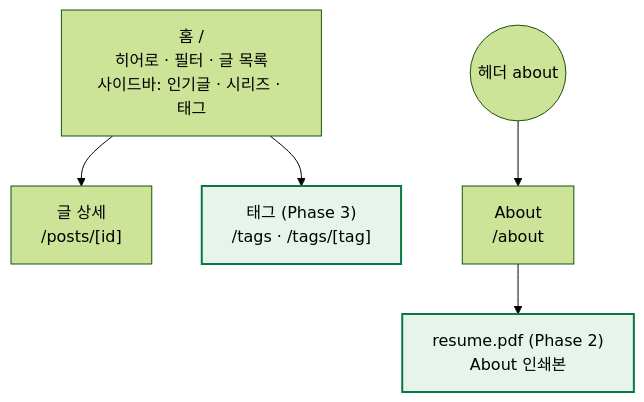
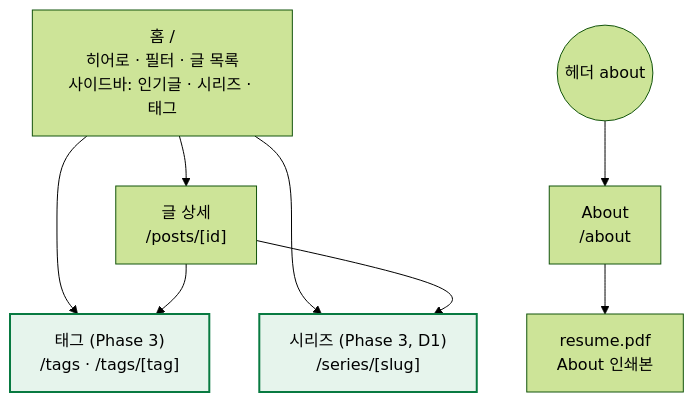
The first of 2 diagrams in cowork/prd/001_site_master-plan.md (comstering/comstering.github.io), drawn with Mermaid (forest theme) before and after one commit. The commit also changed other lines of this file and 18 other files, not shown here.

````diff
--- a/cowork/prd/001_site_master-plan.md
+++ b/cowork/prd/001_site_master-plan.md
@@ -77,13 +79,15 @@
 ```mermaid
 flowchart TD
     home["홈 /<br/>히어로 · 필터 · 글 목록<br/>사이드바: 인기글 · 시리즈 · 태그"]
     post["글 상세<br/>/posts/[id]"]
     about["About<br/>/about"]
-    resume["resume.pdf (Phase 2)<br/>About 인쇄본"]
+    resume["resume.pdf<br/>About 인쇄본"]
     tags["태그 (Phase 3)<br/>/tags · /tags/[tag]"]
-    home --> post & tags
+    series["시리즈 (Phase 3, D1)<br/>/series/[slug]"]
+    home --> post & tags & series
+    post --> tags & series
     header(("헤더 about")) --> about
     about --> resume
     classDef next fill:#e6f4ec,stroke:#087A41,stroke-width:2px;
-    class resume,tags next;
+    class tags,series next;
 ```
````
